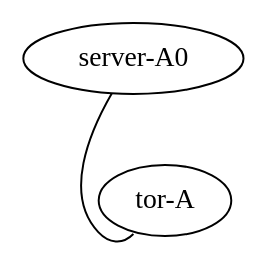
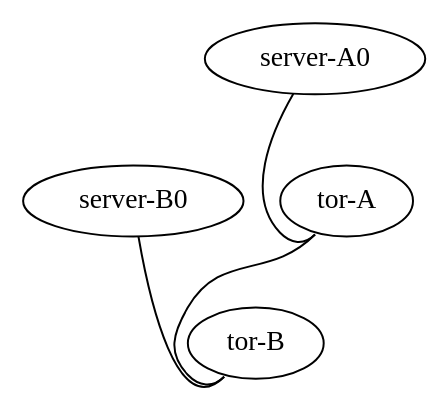
The diagram in Vagrant/Get_Started/topology.dot (datacompucrs/DataCenter-1), drawn with Graphviz before and after one commit. The commit also changed 9 other files, not shown here.

```diff
--- a/Vagrant/Get_Started/topology.dot
+++ b/Vagrant/Get_Started/topology.dot
@@ -1,7 +1,12 @@
 graph vx {
-"tor-A" [function="leaf" vagrant="eth1" os="hashicorp/bionic64" version="1.0.282" memory="700" config="./helper_scripts/config_production_switch.sh" ]
-"server-A0" [function="host" vagrant="eth3" os="hashicorp/bionic64" version="1.0.282" memory="700" config="./helper_scripts/config_production_server.sh" ]
+"tor-A" [function="leaf" vagrant="eth1" os="hashicorp/bionic64" version="1.0.282" memory="500" config="./helper_scripts/config_production_switch.sh" ]
+"server-A0" [function="host" vagrant="eth3" os="hashicorp/bionic64" version="1.0.282" memory="500" config="./helper_scripts/config_production_server.sh" ]
 
+"tor-B" [function="leaf" vagrant="eth1" os="hashicorp/bionic64" version="1.0.282" memory="500" config="./helper_scripts/config_production_switch.sh" ]
+"server-B0" [function="host" vagrant="eth3" os="hashicorp/bionic64" version="1.0.282" memory="500" config="./helper_scripts/config_production_server.sh" ]
+
+"tor-A":"swp50" -- "tor-B":"swp49"
 
 "server-A0":"eth1" -- "tor-A":"swp1" [left_mac="00:01:00:11:11:01"]
+"server-B0":"eth1" -- "tor-B":"swp1" [left_mac="00:02:00:11:11:01"]
 }
```
